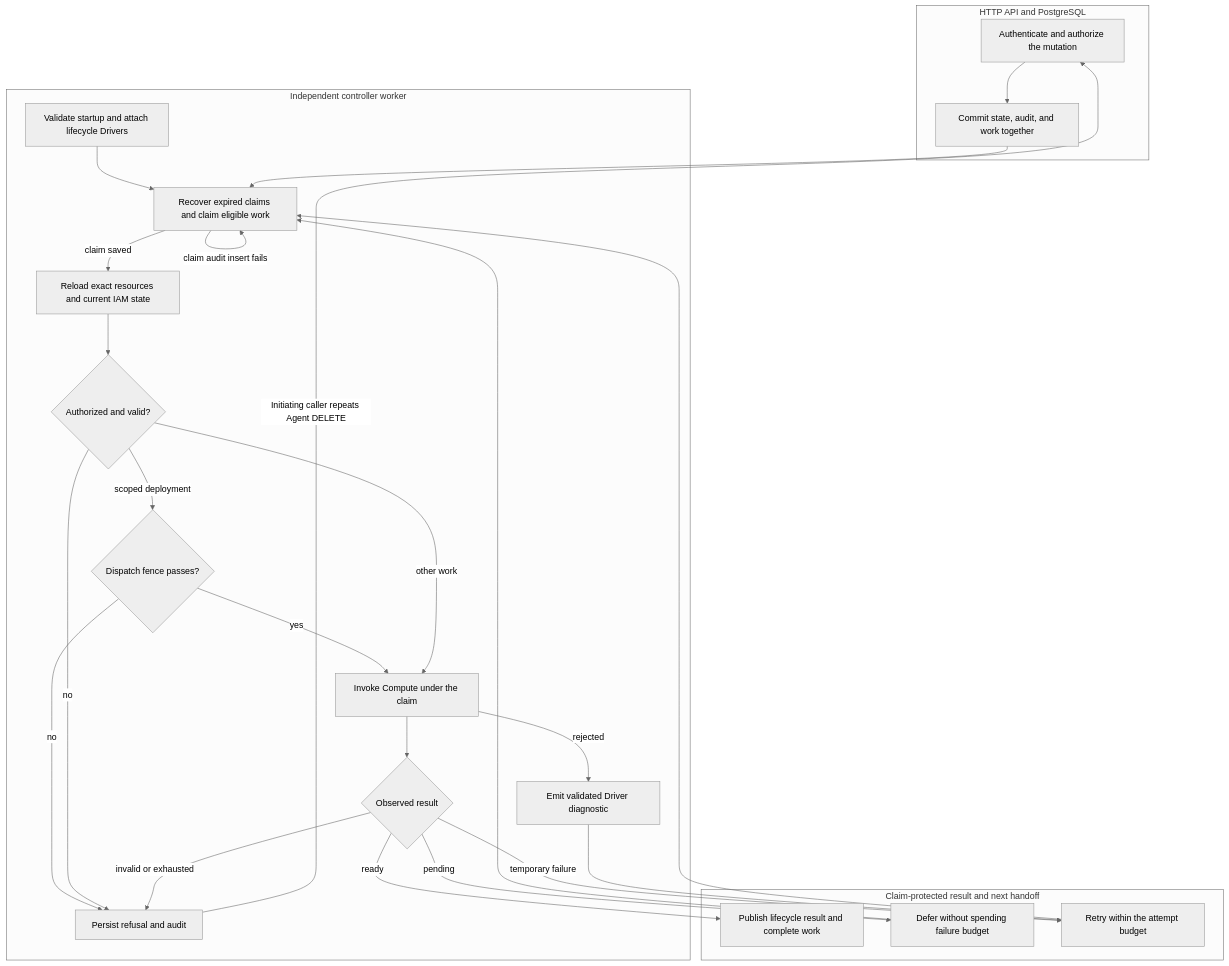
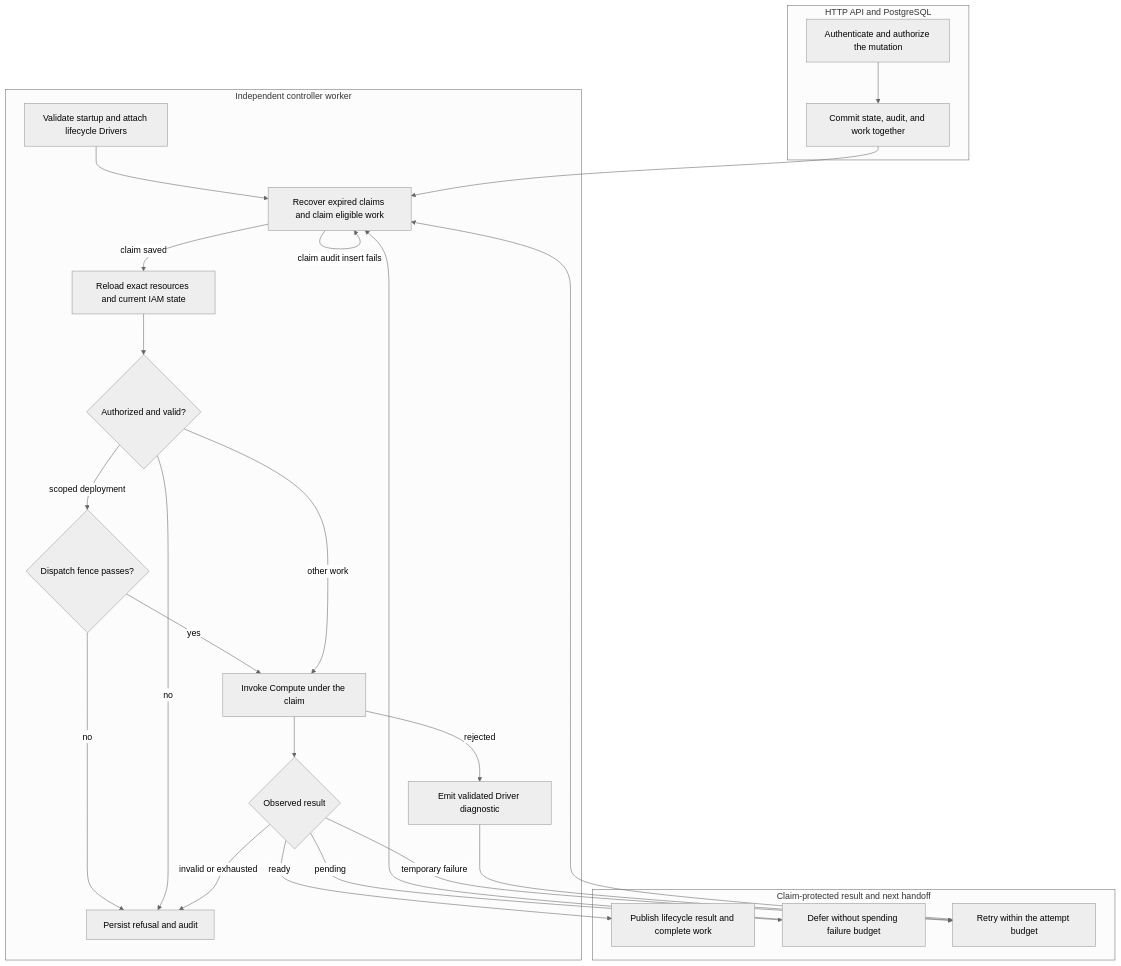
Before and after one commit to openclaw/openclaw-enterprise: the diagram in docs/flows/controller-worker.md, drawn with Mermaid (neutral theme). The commit also changed other lines of this file and 1 other file, not shown here.

````diff
--- a/docs/flows/controller-worker.md
+++ b/docs/flows/controller-worker.md
@@ -29,30 +29,29 @@
 ```mermaid
 graph TD
     subgraph Admission["HTTP API and PostgreSQL"]
         A["Authenticate and authorize the mutation"] --> B["Commit state, audit, and work together"]
     end
     subgraph Worker["Independent controller worker"]
         C["Validate startup and attach lifecycle Drivers"] --> D["Recover expired claims and claim eligible work"]
         B --> D
         D -->|claim saved| E["Reload exact resources and current IAM state"]
         D -->|claim audit insert fails| D
         E --> F{"Authorized and valid?"}
         F -->|scoped deployment| S{"Dispatch fence passes?"}
         S -->|yes| G["Invoke Compute under the claim"]
         S -->|no| H["Persist refusal and audit"]
         F -->|other work| G
         F -->|no| H
         G --> I{"Observed result"}
         G -->|rejected| R["Emit validated Driver diagnostic"]
     end
     subgraph Outcome["Claim-protected result and next handoff"]
         I -->|ready| J["Publish lifecycle result and complete work"]
         I -->|pending| K["Defer without spending failure budget"]
         I -->|temporary failure| L["Retry within the attempt budget"]
         R --> L
         I -->|invalid or exhausted| H
         K --> D
         L --> D
-        H -->|"Initiating caller repeats Agent DELETE"| A
     end
 ```
````
